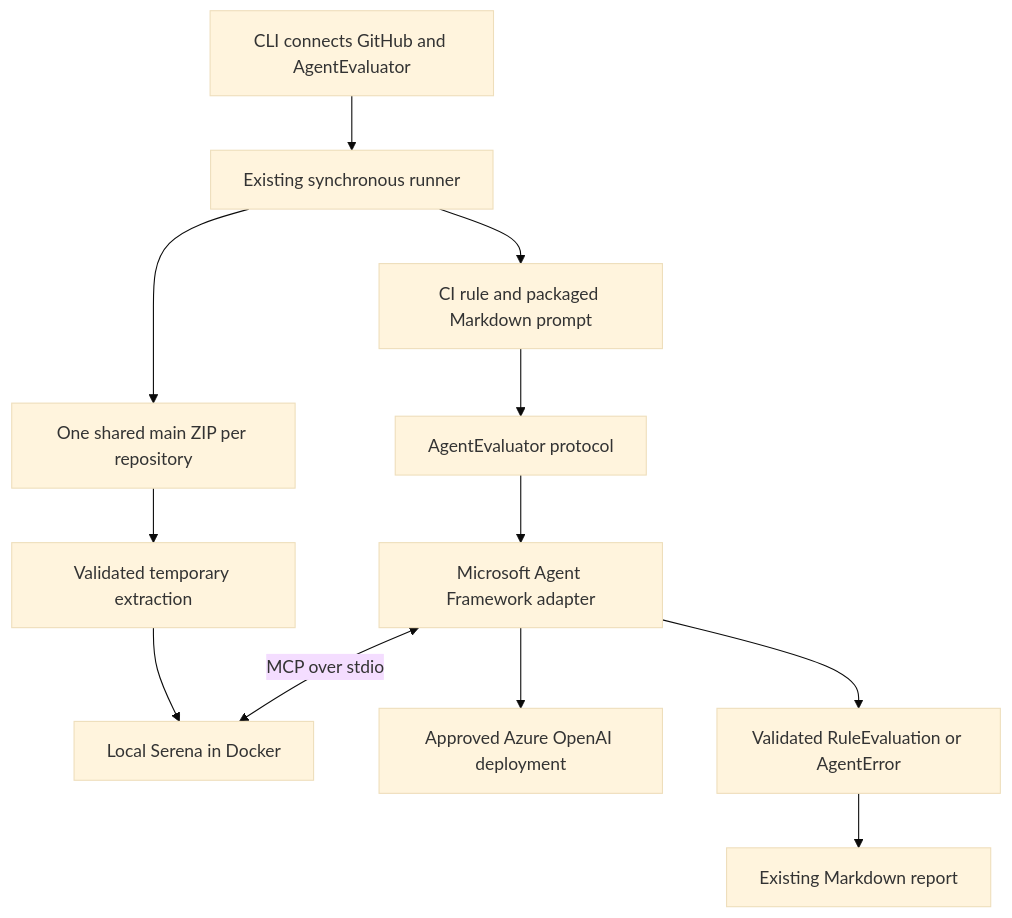
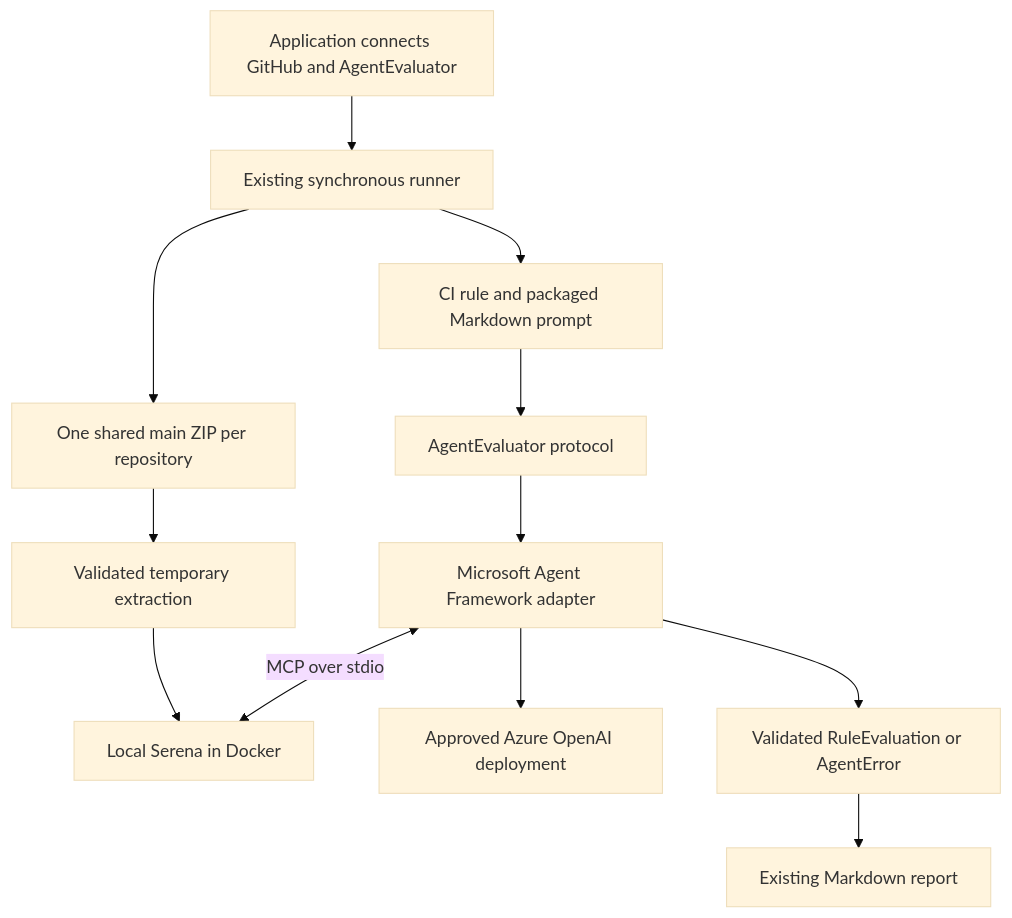
Before and after one commit to pete-mcg/repo-compliance: the diagram in docs/architecture.md, drawn with Mermaid (base theme). The commit also changed other lines of this file and 6 other files, not shown here.

````diff
--- a/docs/architecture.md
+++ b/docs/architecture.md
@@ -71,14 +71,14 @@
 ```mermaid
 flowchart TD
-    CLI[CLI connects GitHub and AgentEvaluator] --> Runner[Existing synchronous runner]
+    App[Application connects GitHub and AgentEvaluator] --> Runner[Existing synchronous runner]
     Runner --> ZIP[One shared main ZIP per repository]
     Runner --> Rule[CI rule and packaged Markdown prompt]
     Rule --> Port[AgentEvaluator protocol]
     Port --> Adapter[Microsoft Agent Framework adapter]
     ZIP --> Extract[Validated temporary extraction]
     Extract --> Serena[Local Serena in Docker]
     Adapter <-->|MCP over stdio| Serena
     Adapter --> Azure[Approved Azure OpenAI deployment]
     Adapter --> Evaluation[Validated RuleEvaluation or AgentError]
     Evaluation --> Report[Existing Markdown report]
 ```
````
